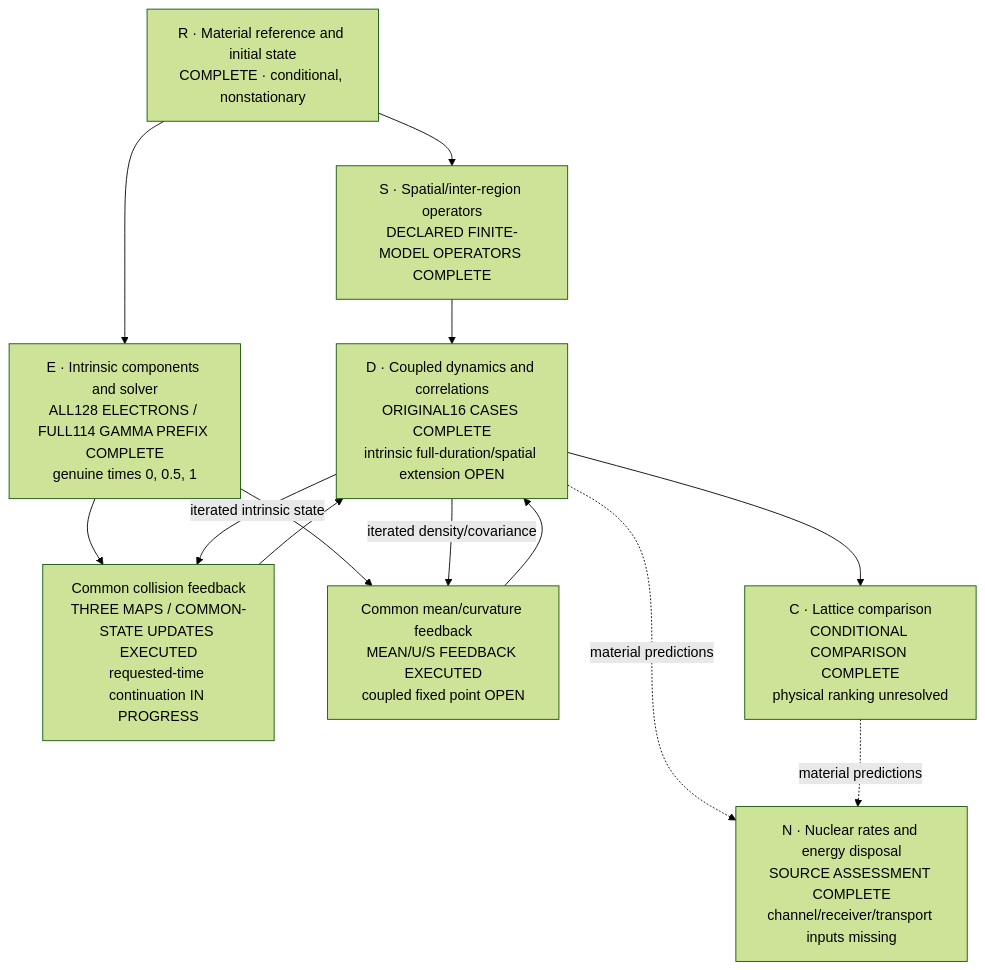
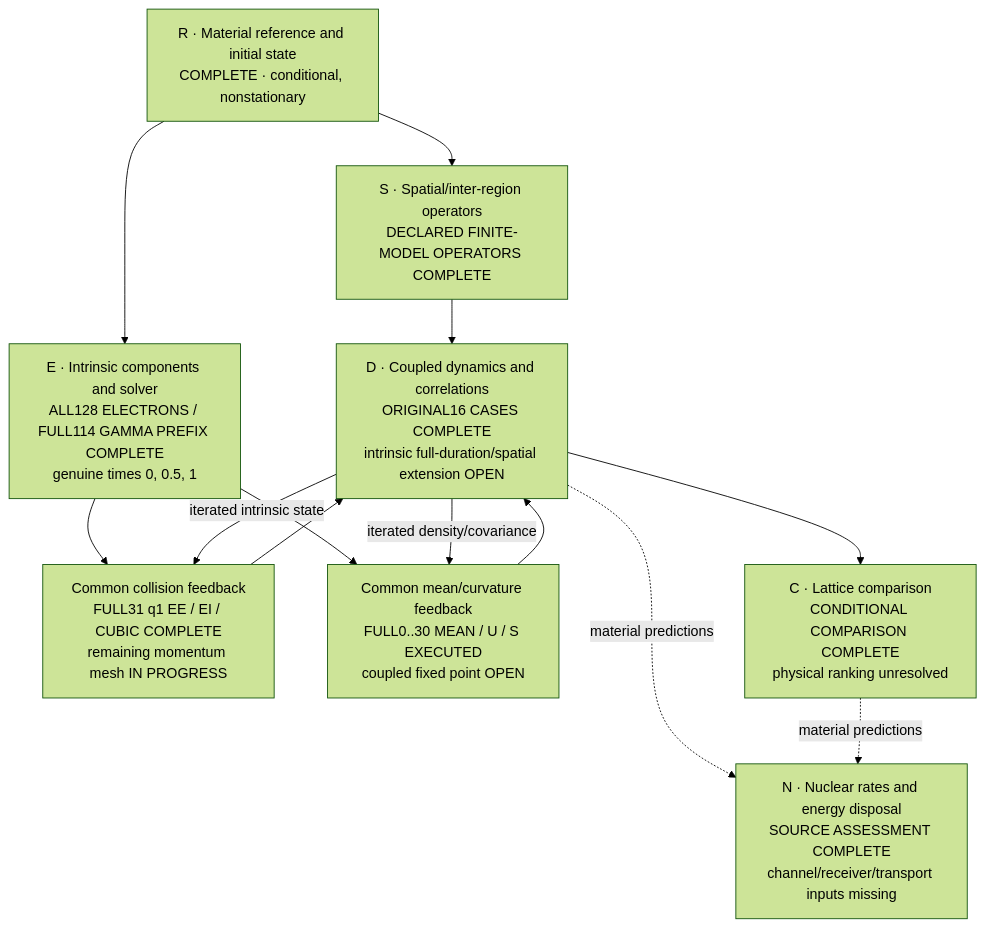
Before and after one commit to vantasnerdan/substrate-framework: the diagram in proposals/P254-ni-collective-response/SOLUTION.md, drawn with Mermaid (forest theme). The commit also changed other lines of this file and 216 other files, not shown here.

Commit message:
Complete full-window inputs and start exact momentum production

````diff
--- a/proposals/P254-ni-collective-response/SOLUTION.md
+++ b/proposals/P254-ni-collective-response/SOLUTION.md
@@ -16,23 +16,23 @@
 ```mermaid
 flowchart TD
     R["R · Material reference and initial state<br/>COMPLETE · conditional, nonstationary"]
     S["S · Spatial/inter-region operators<br/>DECLARED FINITE-MODEL OPERATORS COMPLETE"]
     E0["E · Intrinsic components and solver<br/>ALL128 ELECTRONS / FULL114 GAMMA PREFIX COMPLETE<br/>genuine times 0, 0.5, 1"]
-    EF["Common collision feedback<br/>THREE MAPS / COMMON-STATE UPDATES EXECUTED<br/>requested-time continuation IN PROGRESS"]
-    EM["Common mean/curvature feedback<br/>MEAN/U/S FEEDBACK EXECUTED<br/>coupled fixed point OPEN"]
+    EF["Common collision feedback<br/>FULL31 q1 EE / EI / CUBIC COMPLETE<br/>remaining momentum mesh IN PROGRESS"]
+    EM["Common mean/curvature feedback<br/>FULL0..30 MEAN / U / S EXECUTED<br/>coupled fixed point OPEN"]
     D["D · Coupled dynamics and correlations<br/>ORIGINAL16 CASES COMPLETE<br/>intrinsic full-duration/spatial extension OPEN"]
     C["C · Lattice comparison<br/>CONDITIONAL COMPARISON COMPLETE<br/>physical ranking unresolved"]
     N["N · Nuclear rates and energy disposal<br/>SOURCE ASSESSMENT COMPLETE<br/>channel/receiver/transport inputs missing"]
     R --> S
     R --> E0
     E0 --> EF
     E0 --> EM
     EF --> D
     EM --> D
     S --> D
     D -- "iterated intrinsic state" --> EF
     D -- "iterated density/covariance" --> EM
     D --> C
     D -. "material predictions" .-> N
     C -. "material predictions" .-> N
 ```
````
